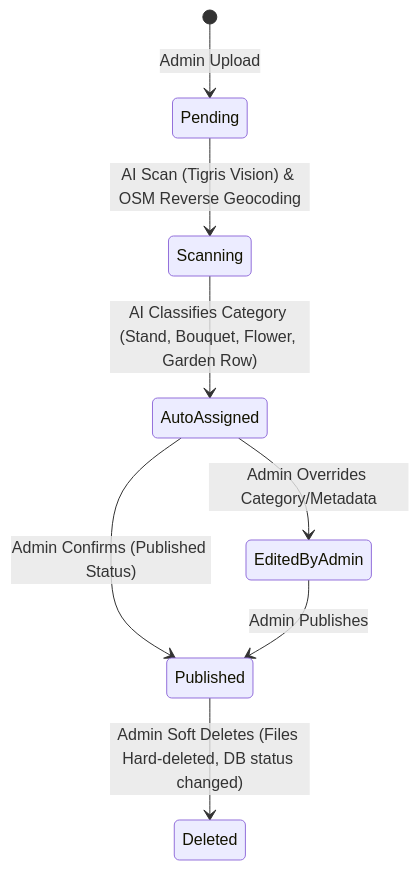
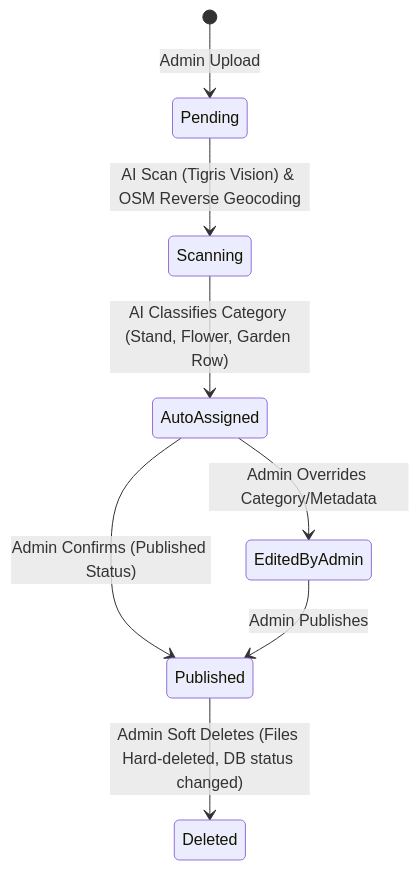
Before and after one commit to uffehellum/fleurraine: the first of 4 diagrams in state.md, drawn with Mermaid. The commit also changed other lines of this file and 25 other files, not shown here.

````diff
--- a/state.md
+++ b/state.md
@@ -15,10 +15,10 @@
 ```mermaid
 stateDiagram-v2
     [*] --> Pending : Admin Upload
     Pending --> Scanning : AI Scan (Tigris Vision) & OSM Reverse Geocoding
-    Scanning --> AutoAssigned : AI Classifies Category (Stand, Bouquet, Flower, Garden Row)
+    Scanning --> AutoAssigned : AI Classifies Category (Stand, Flower, Garden Row)
     AutoAssigned --> Published : Admin Confirms (Published Status)
     AutoAssigned --> EditedByAdmin : Admin Overrides Category/Metadata
     EditedByAdmin --> Published : Admin Publishes
     Published --> Deleted : Admin Soft Deletes (Files Hard-deleted, DB status changed)
 ```
````
